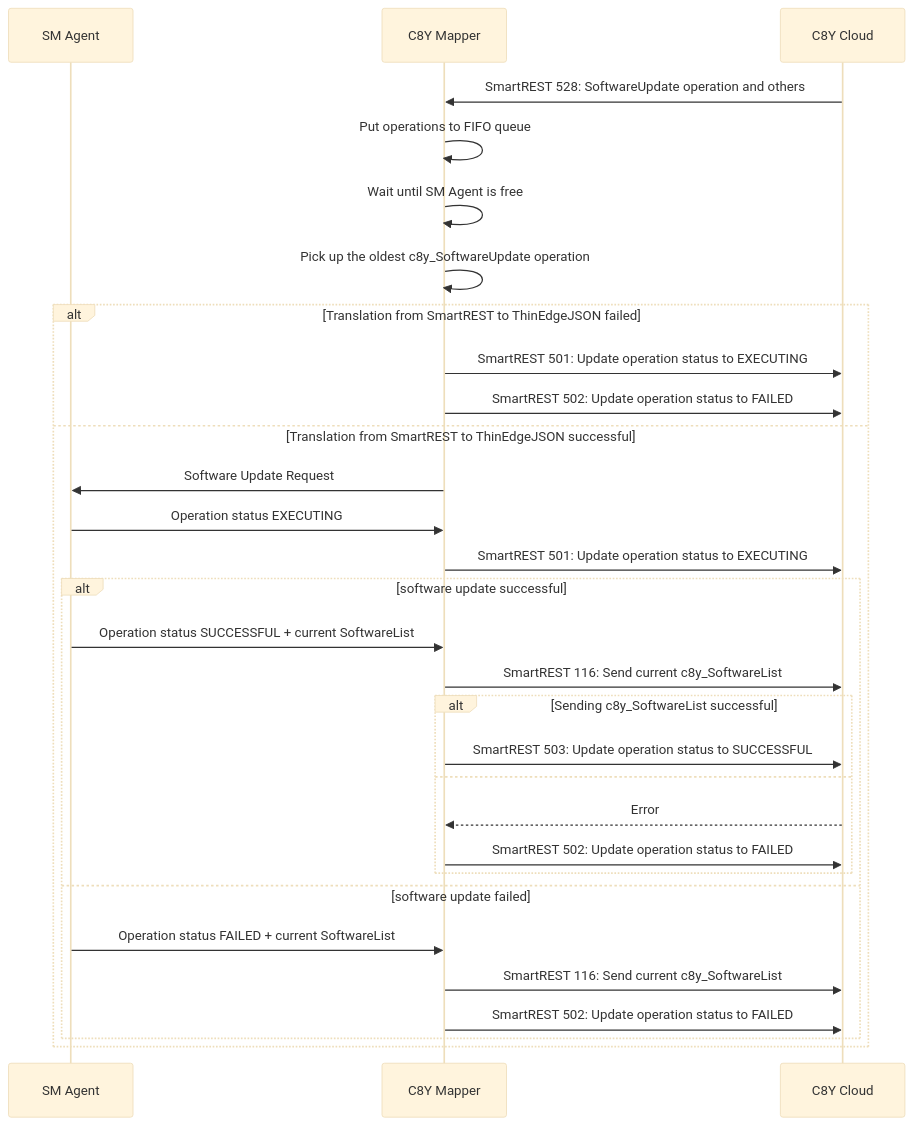
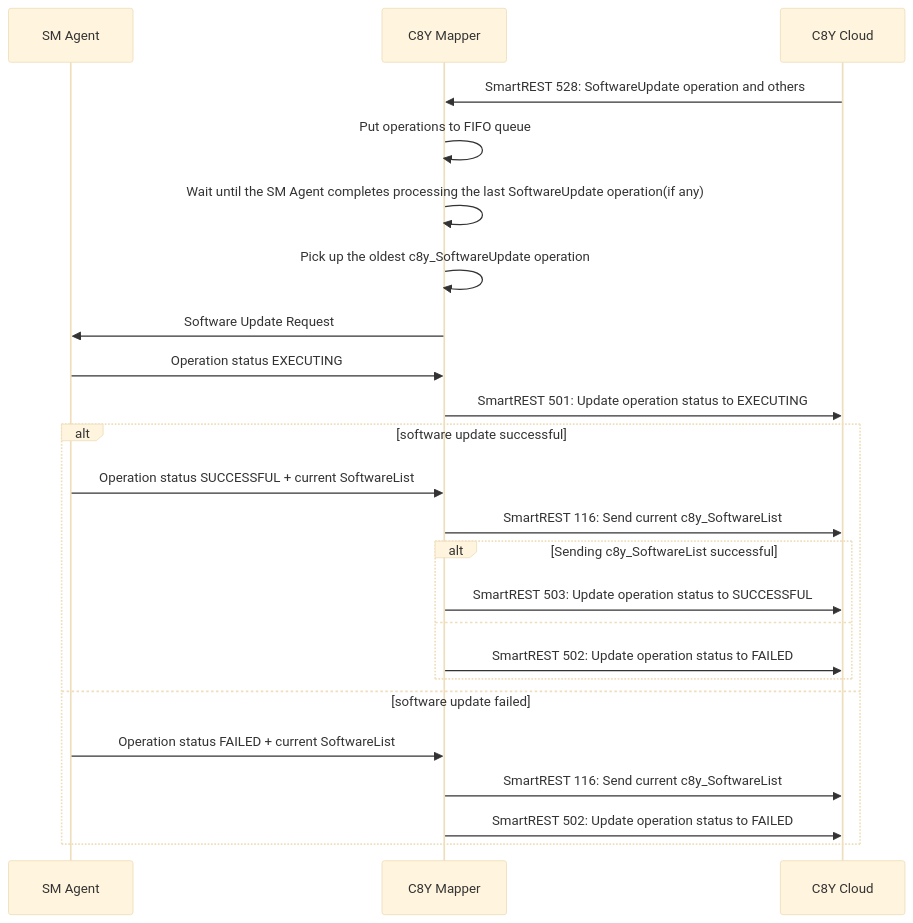
Before and after one commit to thin-edge/thin-edge.io-specs: the third of 3 diagrams in src/software-management/c8y-mapper-operation-handling.md, drawn with Mermaid (base theme). The commit also changed other lines of this file and 1 other file, not shown here.

````diff
--- a/src/software-management/c8y-mapper-operation-handling.md
+++ b/src/software-management/c8y-mapper-operation-handling.md
@@ -72,35 +79,30 @@
 ```mermaid
 sequenceDiagram
     participant SM Agent
     participant C8Y Mapper
     participant C8Y Cloud
     
     C8Y Cloud ->> C8Y Mapper: SmartREST 528: SoftwareUpdate operation and others
     C8Y Mapper ->> C8Y Mapper: Put operations to FIFO queue
-    C8Y Mapper ->> C8Y Mapper: Wait until SM Agent is free
+    C8Y Mapper ->> C8Y Mapper: Wait until the SM Agent completes processing the last SoftwareUpdate operation(if any)
     C8Y Mapper ->> C8Y Mapper: Pick up the oldest c8y_SoftwareUpdate operation
-    alt Translation from SmartREST to ThinEdgeJSON failed
-        C8Y Mapper ->> C8Y Cloud: SmartREST 501: Update operation status to EXECUTING
-        C8Y Mapper ->> C8Y Cloud: SmartREST 502: Update operation status to FAILED
-    else Translation from SmartREST to ThinEdgeJSON successful
-        C8Y Mapper ->> SM Agent: Software Update Request
+
+    C8Y Mapper ->> SM Agent: Software Update Request
     
-        SM Agent ->> C8Y Mapper: Operation status EXECUTING
-        C8Y Mapper ->> C8Y Cloud: SmartREST 501: Update operation status to EXECUTING
+    SM Agent ->> C8Y Mapper: Operation status EXECUTING
+    C8Y Mapper ->> C8Y Cloud: SmartREST 501: Update operation status to EXECUTING
         
-        alt software update successful
-            SM Agent ->> C8Y Mapper: Operation status SUCCESSFUL + current SoftwareList
-            C8Y Mapper ->> C8Y Cloud: SmartREST 116: Send current c8y_SoftwareList
-            alt Sending c8y_SoftwareList successful
-                C8Y Mapper ->> C8Y Cloud: SmartREST 503: Update operation status to SUCCESSFUL
-            else 
-                C8Y Cloud -->> C8Y Mapper: Error
-                C8Y Mapper ->> C8Y Cloud: SmartREST 502: Update operation status to FAILED
-            end
-        else software update failed
-            SM Agent ->> C8Y Mapper: Operation status FAILED + current SoftwareList
-            C8Y Mapper ->> C8Y Cloud: SmartREST 116: Send current c8y_SoftwareList
+    alt software update successful
+        SM Agent ->> C8Y Mapper: Operation status SUCCESSFUL + current SoftwareList
+        C8Y Mapper ->> C8Y Cloud: SmartREST 116: Send current c8y_SoftwareList
+        alt Sending c8y_SoftwareList successful
+            C8Y Mapper ->> C8Y Cloud: SmartREST 503: Update operation status to SUCCESSFUL
+        else 
             C8Y Mapper ->> C8Y Cloud: SmartREST 502: Update operation status to FAILED
         end
+    else software update failed
+        SM Agent ->> C8Y Mapper: Operation status FAILED + current SoftwareList
+        C8Y Mapper ->> C8Y Cloud: SmartREST 116: Send current c8y_SoftwareList
+        C8Y Mapper ->> C8Y Cloud: SmartREST 502: Update operation status to FAILED
     end
 ```
````
